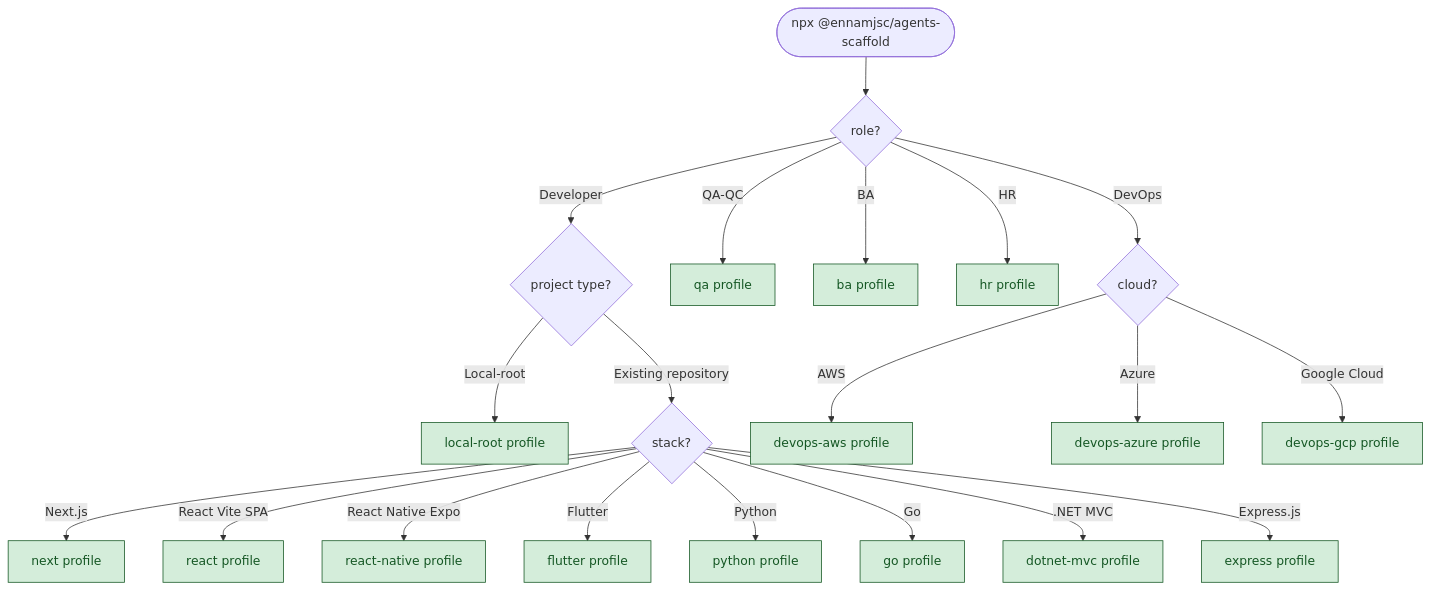
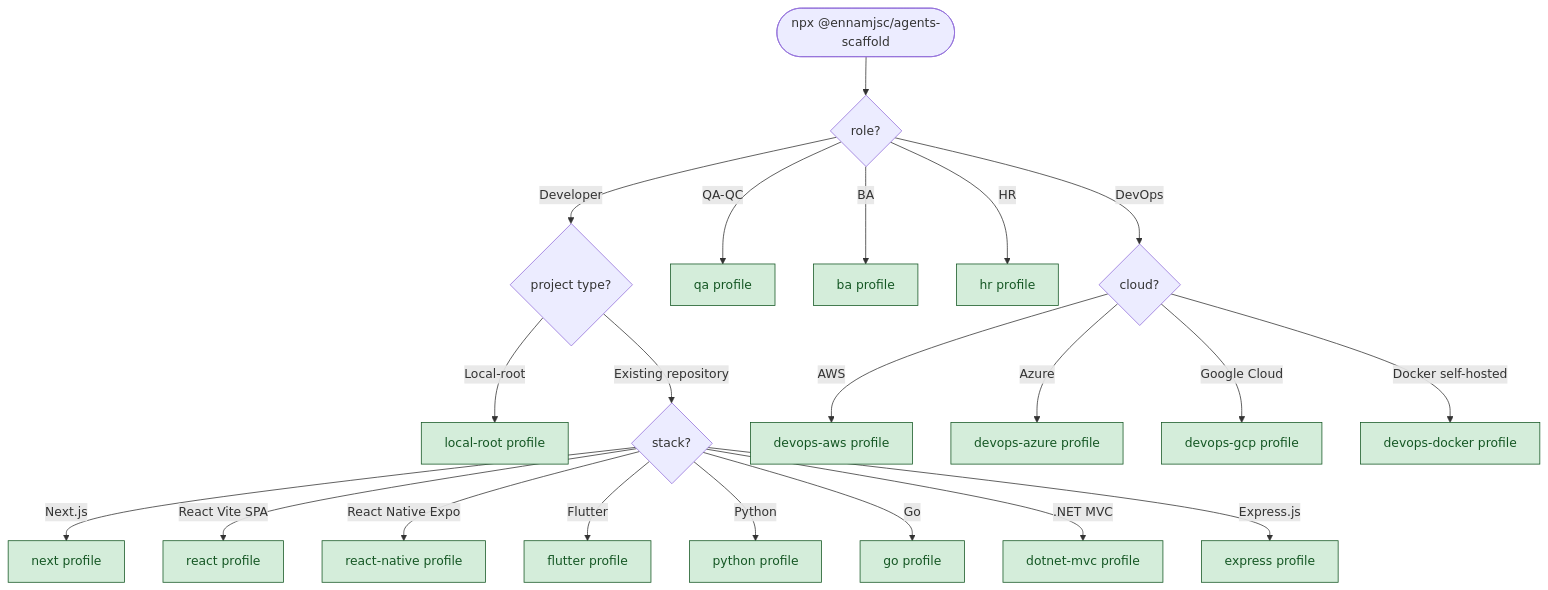
Before and after one commit to En-Nam/ennam-agents-scaffold: the diagram in README.md, drawn with Mermaid. The commit also changed other lines of this file and 20 other files, not shown here.

````diff
--- a/README.md
+++ b/README.md
@@ -29,29 +29,30 @@
 ```mermaid
 flowchart TD
     Start([npx @ennamjsc/agents-scaffold]) --> Role{role?}
 
     Role -->|Developer| PType{project type?}
     Role -->|QA-QC| QA[qa profile]
     Role -->|BA| BA[ba profile]
     Role -->|HR| HR[hr profile]
     Role -->|DevOps| Cloud{cloud?}
 
     PType -->|Local-root| LR[local-root profile]
     PType -->|Existing repository| Stack{stack?}
 
     Stack -->|Next.js| Next[next profile]
     Stack -->|React Vite SPA| React[react profile]
     Stack -->|React Native Expo| RN[react-native profile]
     Stack -->|Flutter| Flutter[flutter profile]
     Stack -->|Python| Python[python profile]
     Stack -->|Go| Go[go profile]
     Stack -->|.NET MVC| Dotnet[dotnet-mvc profile]
     Stack -->|Express.js| Express[express profile]
 
     Cloud -->|AWS| AWS[devops-aws profile]
     Cloud -->|Azure| Azure[devops-azure profile]
     Cloud -->|Google Cloud| GCP[devops-gcp profile]
+    Cloud -->|Docker self-hosted| DockerProfile[devops-docker profile]
 
     classDef leaf fill:#d4edda,stroke:#155724,color:#155724;
-    class QA,BA,HR,LR,Next,React,RN,Flutter,Python,Go,Dotnet,Express,AWS,Azure,GCP leaf;
+    class QA,BA,HR,LR,Next,React,RN,Flutter,Python,Go,Dotnet,Express,AWS,Azure,GCP,DockerProfile leaf;
 ```
````
